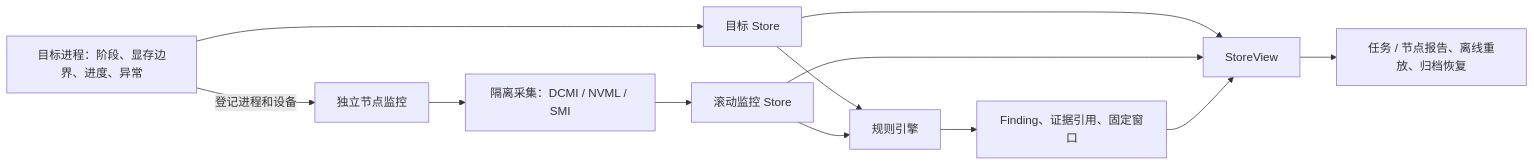
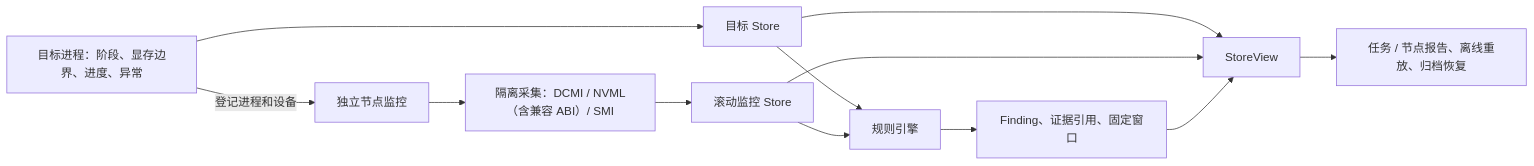
One commit to FlagRT/FlagPerf changed the diagram in inference/docs/monitoring.md. Above: the diagram before and after it, drawn with Mermaid. The commit also changed other lines of this file and 4 other files, not shown here.

````diff
--- a/inference/docs/monitoring.md
+++ b/inference/docs/monitoring.md
@@ -5,14 +5,14 @@
 ```mermaid
 flowchart LR
   T[目标进程：阶段、显存边界、进度、异常] --> S[目标 Store]
   T -->|登记进程和设备| N[独立节点监控]
-  N --> C[隔离采集：DCMI / NVML / SMI]
+  N --> C[隔离采集：DCMI / NVML（含兼容 ABI）/ SMI]
   C --> M[滚动监控 Store]
   S --> R[规则引擎]
   M --> R
   R --> F[Finding、证据引用、固定窗口]
   S --> V[StoreView]
   M --> V
   F --> V
   V --> H[任务 / 节点报告、离线重放、归档恢复]
 ```
````
